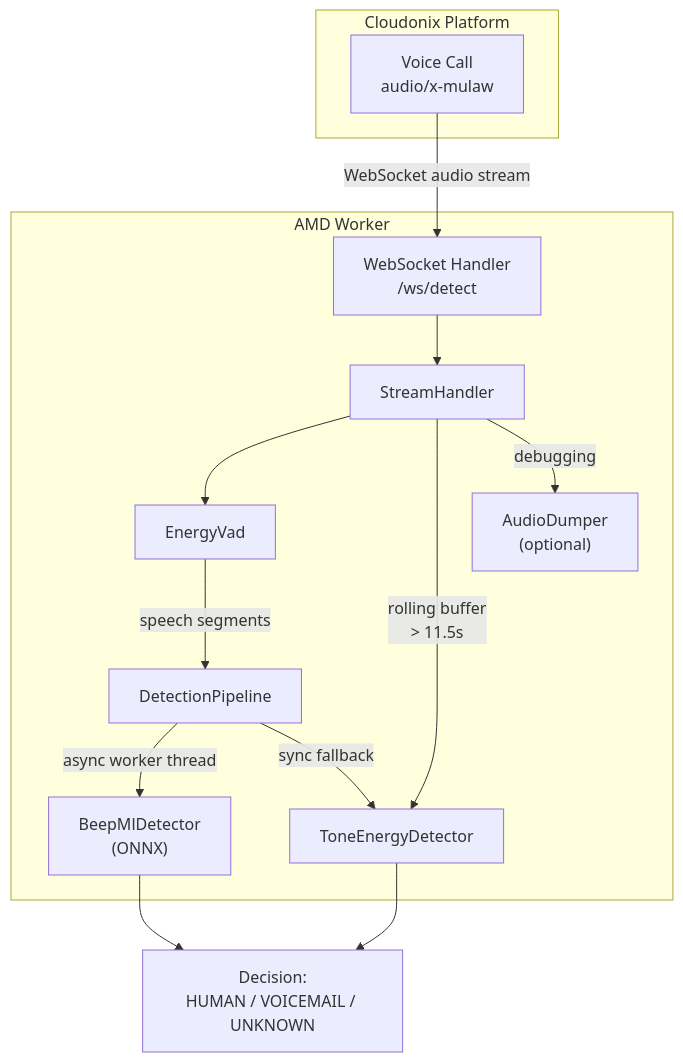
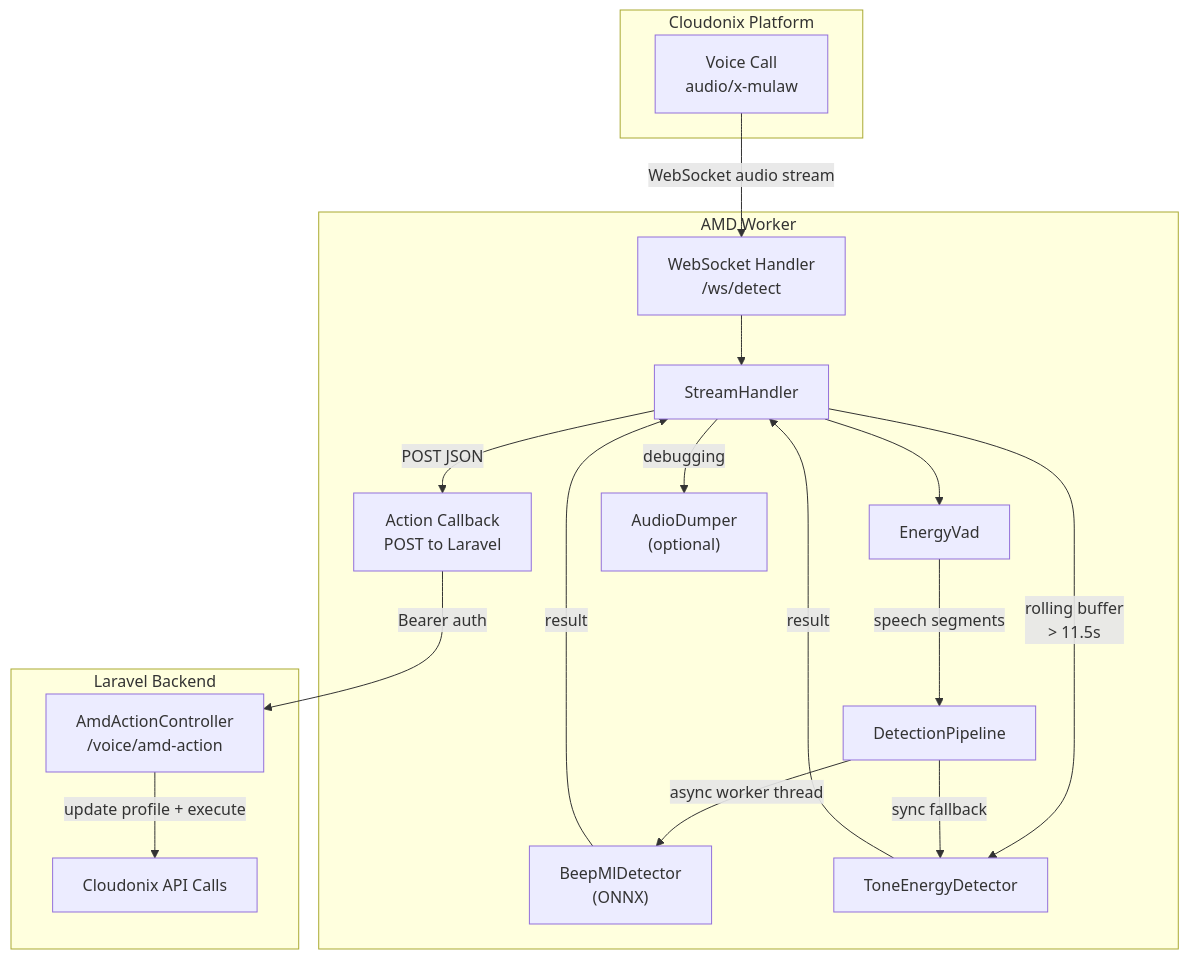
The first of 2 diagrams in amd-worker/README.md (greenfieldtech-nirs/opbx), drawn with Mermaid before and after one commit. The commit also changed other lines of this file and 37 other files, not shown here.

First line of the commit message:
Update documentation and memory files for AMD action callback flow and UI

````diff
--- a/amd-worker/README.md
+++ b/amd-worker/README.md
@@ -7,29 +7,36 @@
 ```mermaid
 graph TB
     subgraph Cloudonix["Cloudonix Platform"]
         VC["Voice Call<br/>audio/x-mulaw"]
     end
 
     subgraph AMD["AMD Worker"]
         WS["WebSocket Handler<br/>/ws/detect"]
         SH["StreamHandler"]
         VAD["EnergyVad"]
         DP["DetectionPipeline"]
         BMLD["BeepMlDetector<br/>(ONNX)"]
         TED["ToneEnergyDetector"]
+        CB["Action Callback<br/>POST to Laravel"]
         AD["AudioDumper<br/>(optional)"]
     end
 
-    Decision["Decision:<br/>HUMAN / VOICEMAIL / UNKNOWN"]
+    subgraph Laravel["Laravel Backend"]
+        AA["AmdActionController<br/>/voice/amd-action"]
+        CX["Cloudonix API Calls"]
+    end
 
     VC -->|"WebSocket audio stream"| WS
     WS --> SH
     SH --> VAD
     SH -->|"rolling buffer<br/>> 11.5s"| TED
     SH -->|"debugging"| AD
     VAD -->|"speech segments"| DP
     DP -->|"async worker thread"| BMLD
     DP -->|"sync fallback"| TED
-    BMLD --> Decision
-    TED --> Decision
+    BMLD -->|"result"| SH
+    TED -->|"result"| SH
+    SH -->|"POST JSON"| CB
+    CB -->|"Bearer auth"| AA
+    AA -->|"update profile + execute"| CX
 ```
````
